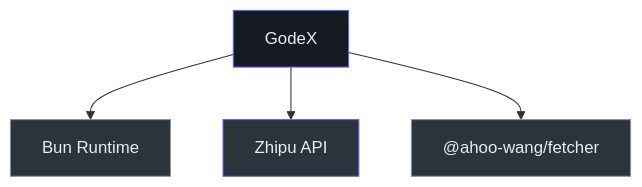
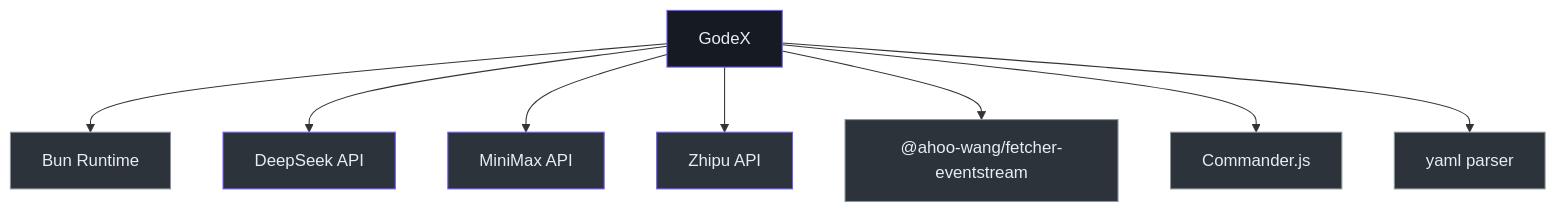
One commit to zamelee/GodeX changed the second of 2 diagrams in wiki/onboarding/executive-guide.md. Above: the diagram before and after it, drawn with Mermaid. The commit also changed other lines of this file and 9 other files, not shown here.

````diff
--- a/wiki/onboarding/executive-guide.md
+++ b/wiki/onboarding/executive-guide.md
@@ -69,16 +104,28 @@
 ```mermaid
 graph TB
-    GODEX["GodeX"]
-    BUN["Bun Runtime"]
-    ZHIPU["Zhipu API"]
-    FETCHER["@ahoo-wang/fetcher"]
+  GODEX["GodeX"]
+  BUN["Bun Runtime"]
+  DEEPSEEK["DeepSeek API"]
+  MINIMAX["MiniMax API"]
+  ZHIPU["Zhipu API"]
+  FETCHER["@ahoo-wang/fetcher-eventstream"]
+  COMMANDER["Commander.js"]
+  YAML["yaml parser"]
 
-    GODEX --> BUN
-    GODEX --> ZHIPU
-    GODEX --> FETCHER
+  GODEX --> BUN
+  GODEX --> DEEPSEEK
+  GODEX --> MINIMAX
+  GODEX --> ZHIPU
+  GODEX --> FETCHER
+  GODEX --> COMMANDER
+  GODEX --> YAML
 
-    style GODEX fill:#161b22,stroke:#6d5dfc,color:#e6edf3
-    style BUN fill:#2d333b,stroke:#8b949e,color:#e6edf3
-    style ZHIPU fill:#2d333b,stroke:#6d5dfc,color:#e6edf3
-    style FETCHER fill:#2d333b,stroke:#8b949e,color:#e6edf3
+  style GODEX fill:#161b22,stroke:#6d5dfc,color:#e6edf3
+  style BUN fill:#2d333b,stroke:#8b949e,color:#e6edf3
+  style DEEPSEEK fill:#2d333b,stroke:#6d5dfc,color:#e6edf3
+  style MINIMAX fill:#2d333b,stroke:#6d5dfc,color:#e6edf3
+  style ZHIPU fill:#2d333b,stroke:#6d5dfc,color:#e6edf3
+  style FETCHER fill:#2d333b,stroke:#8b949e,color:#e6edf3
+  style COMMANDER fill:#2d333b,stroke:#8b949e,color:#e6edf3
+  style YAML fill:#2d333b,stroke:#8b949e,color:#e6edf3
 ```
````
